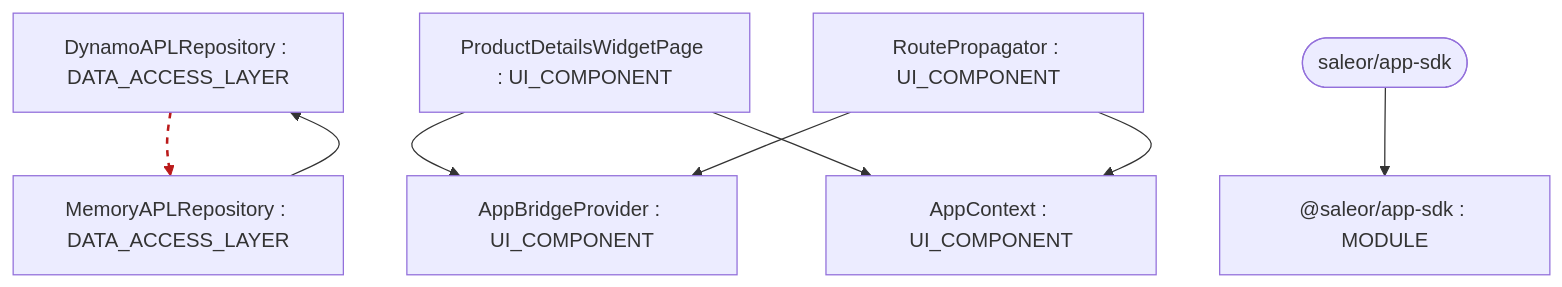
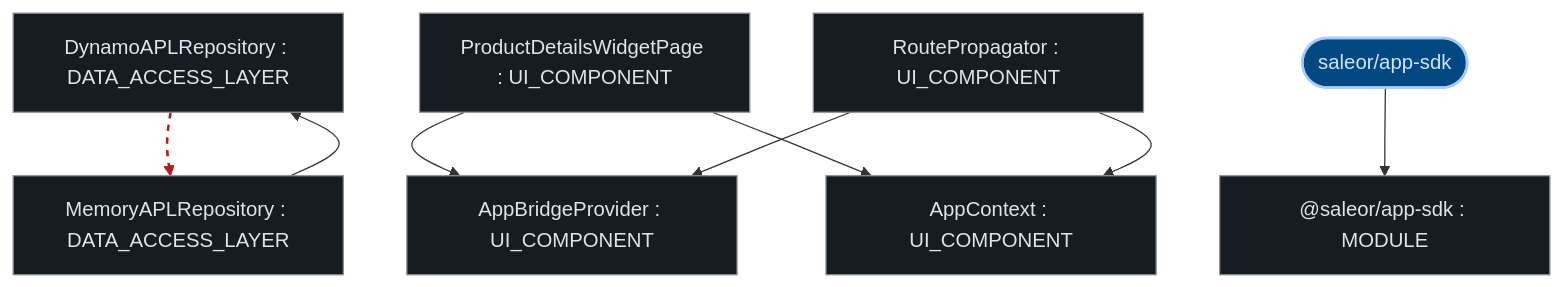
One commit to kumarshaz/atruss-code-atlas changed the first of 3 diagrams in exports/latest/reports/saleor-app-sdk-report.md. Above: the diagram before and after it, drawn with Mermaid. The commit also changed other lines of this file and 331 other files, not shown here.

Commit message:
docs,ui,fix: update SDLC docs, reorder CI/CD DAG first, stylize Mermaid, and fix Arc42 pipeline topology

````diff
--- a/exports/latest/reports/saleor-app-sdk-report.md
+++ b/exports/latest/reports/saleor-app-sdk-report.md
@@ -42,19 +42,26 @@
 ```mermaid
 graph TD;
-    _saleor_app_sdk["@saleor/app-sdk : MODULE"]
-    DynamoAPLRepository["DynamoAPLRepository : DATA_ACCESS_LAYER"]
-    MemoryAPLRepository["MemoryAPLRepository : DATA_ACCESS_LAYER"]
-    AppContext["AppContext : UI_COMPONENT"]
-    AppBridgeProvider["AppBridgeProvider : UI_COMPONENT"]
-    ProductDetailsWidgetPage["ProductDetailsWidgetPage : UI_COMPONENT"]
-    RoutePropagator["RoutePropagator : UI_COMPONENT"]
-    repo_root(["saleor/app-sdk"])
+  classDef atlasRoot fill:#004882,stroke:#a3c9ff,stroke-width:2px,color:#d3e4ff
+  classDef atlasCategory fill:#212428,stroke:#E87A48,stroke-width:1.5px,color:#dfe3eb
+  classDef atlasWorkflow fill:#1b2026,stroke:#a3c9ff,stroke-width:1.5px,color:#dfe3eb
+  classDef atlasJob fill:#171c22,stroke:#8d9199,stroke-width:1px,color:#dfe3eb
+  classDef atlasTarget fill:#005227,stroke:#8bd99b,stroke-width:1.5px,color:#a7f6b6
+  classDef atlasAlert fill:#93000a,stroke:#ffb4ab,stroke-width:1.5px,color:#ffdad6
+  classDef atlasMore fill:#252a31,stroke:#8d9199,stroke-dasharray:4 4,color:#c3c6cf
+    _saleor_app_sdk["@saleor/app-sdk : MODULE"]:::atlasJob
+    DynamoAPLRepository["DynamoAPLRepository : DATA_ACCESS_LAYER"]:::atlasJob
+    MemoryAPLRepository["MemoryAPLRepository : DATA_ACCESS_LAYER"]:::atlasJob
+    AppContext["AppContext : UI_COMPONENT"]:::atlasJob
+    AppBridgeProvider["AppBridgeProvider : UI_COMPONENT"]:::atlasJob
+    ProductDetailsWidgetPage["ProductDetailsWidgetPage : UI_COMPONENT"]:::atlasJob
+    RoutePropagator["RoutePropagator : UI_COMPONENT"]:::atlasJob
+    repo_root(["saleor/app-sdk"]):::atlasRoot
     repo_root --> _saleor_app_sdk
     DynamoAPLRepository --> MemoryAPLRepository
     MemoryAPLRepository --> DynamoAPLRepository
     ProductDetailsWidgetPage --> AppBridgeProvider
     ProductDetailsWidgetPage --> AppContext
     RoutePropagator --> AppBridgeProvider
     RoutePropagator --> AppContext
     linkStyle 1 stroke:#ba1a1a,stroke-width:2px,stroke-dasharray: 5 5
 ```
````
